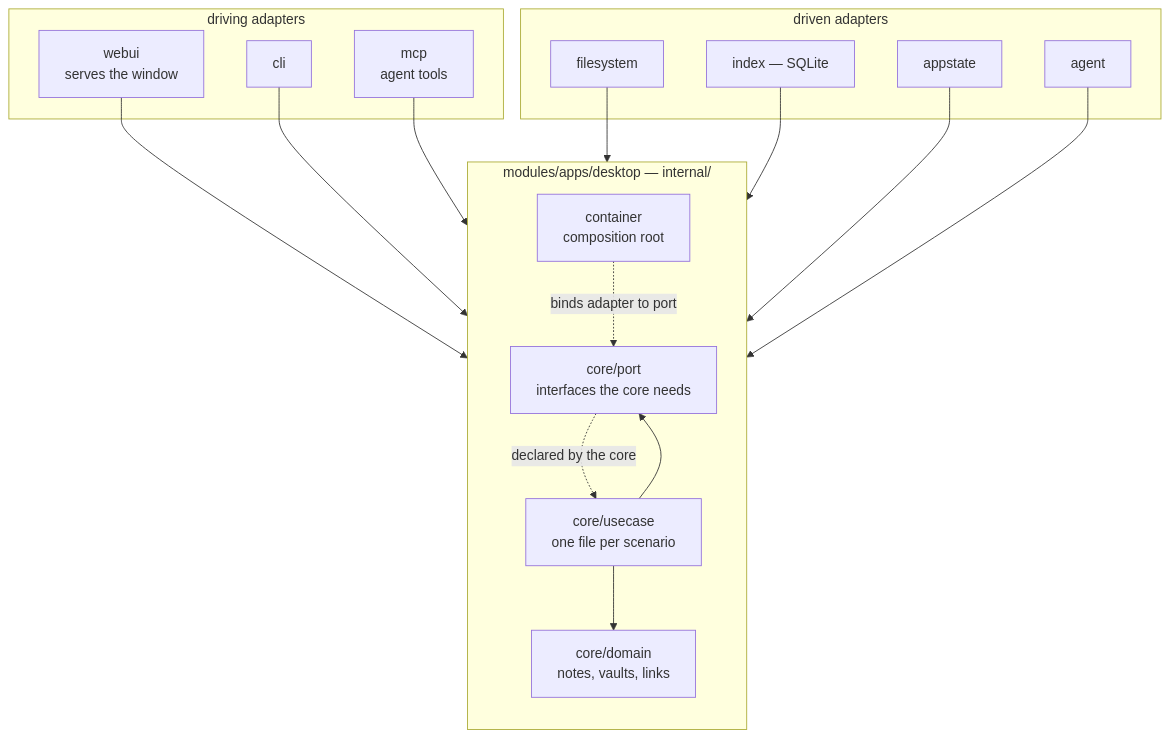
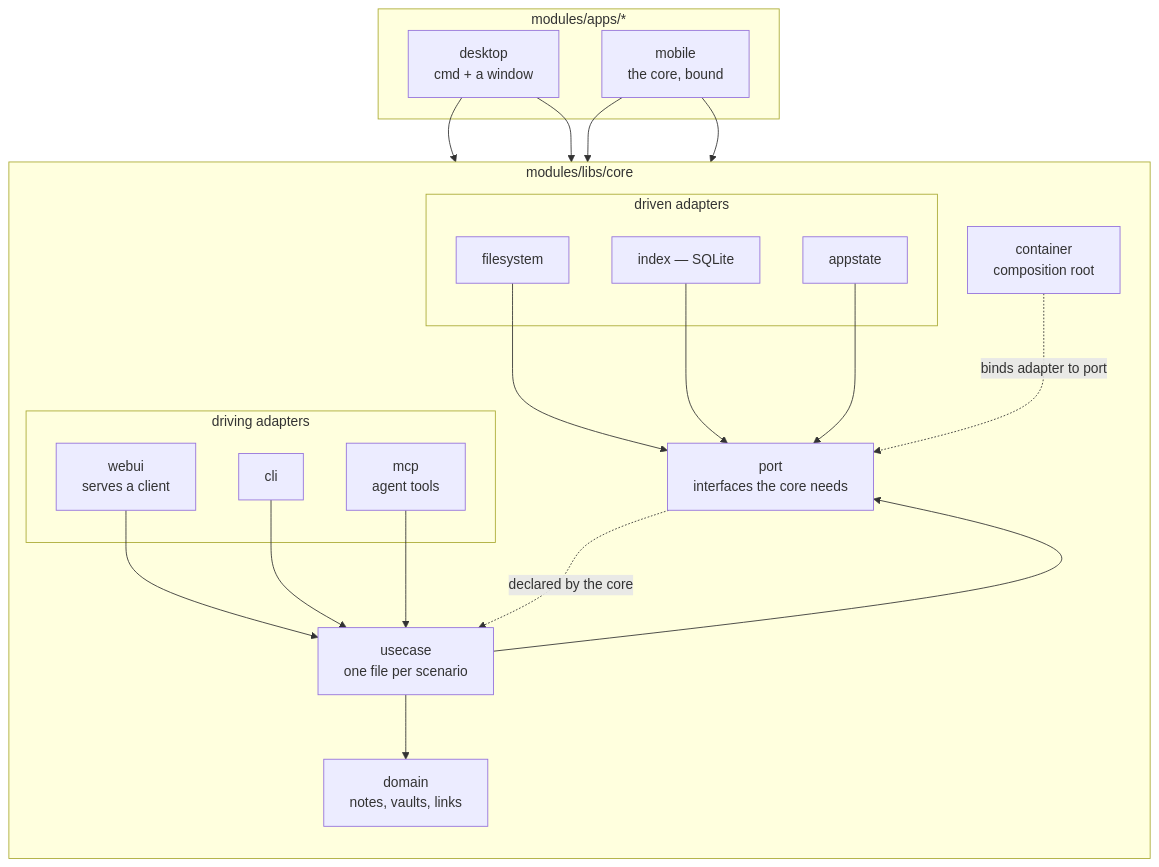
One commit to jiva-studio/numen changed the diagram in docs/adr/0004-a-hexagonal-core-in-go.md. Above: the diagram before and after it, drawn with Mermaid. The commit also changed other lines of this file and 908 other files, not shown here.

````diff
--- a/docs/adr/0004-a-hexagonal-core-in-go.md
+++ b/docs/adr/0004-a-hexagonal-core-in-go.md
@@ -20,35 +20,40 @@
 ```mermaid
 graph TD
-    subgraph driving["driving adapters"]
-        W["webui<br/>serves the window"]
-        C["cli"]
-        M["mcp<br/>agent tools"]
+    subgraph apps["modules/apps/*"]
+        DK["desktop<br/>cmd + a window"]
+        MB["mobile<br/>the core, bound"]
     end
 
-    subgraph app["modules/apps/desktop — internal/"]
+    subgraph core["modules/libs/core"]
         direction TB
-        P["core/port<br/>interfaces the core needs"]
-        U["core/usecase<br/>one file per scenario"]
-        D["core/domain<br/>notes, vaults, links"]
+        subgraph driving["driving adapters"]
+            W["webui<br/>serves a client"]
+            C["cli"]
+            M["mcp<br/>agent tools"]
+        end
+        P["port<br/>interfaces the core needs"]
+        U["usecase<br/>one file per scenario"]
+        D["domain<br/>notes, vaults, links"]
         CN["container<br/>composition root"]
+        subgraph driven["driven adapters"]
+            F["filesystem"]
+            I["index — SQLite"]
+            A["appstate"]
+        end
     end
 
-    subgraph driven["driven adapters"]
-        F["filesystem"]
-        I["index — SQLite"]
-        A["appstate"]
-        AG["agent"]
-    end
-
+    DK --> CN
+    MB --> CN
+    DK --> W
+    MB --> W
     W --> U
     C --> U
     M --> U
     U --> D
     U --> P
     P -.declared by the core.-> U
     F --> P
     I --> P
     A --> P
-    AG --> P
     CN -.binds adapter to port.-> P
 ```
````
